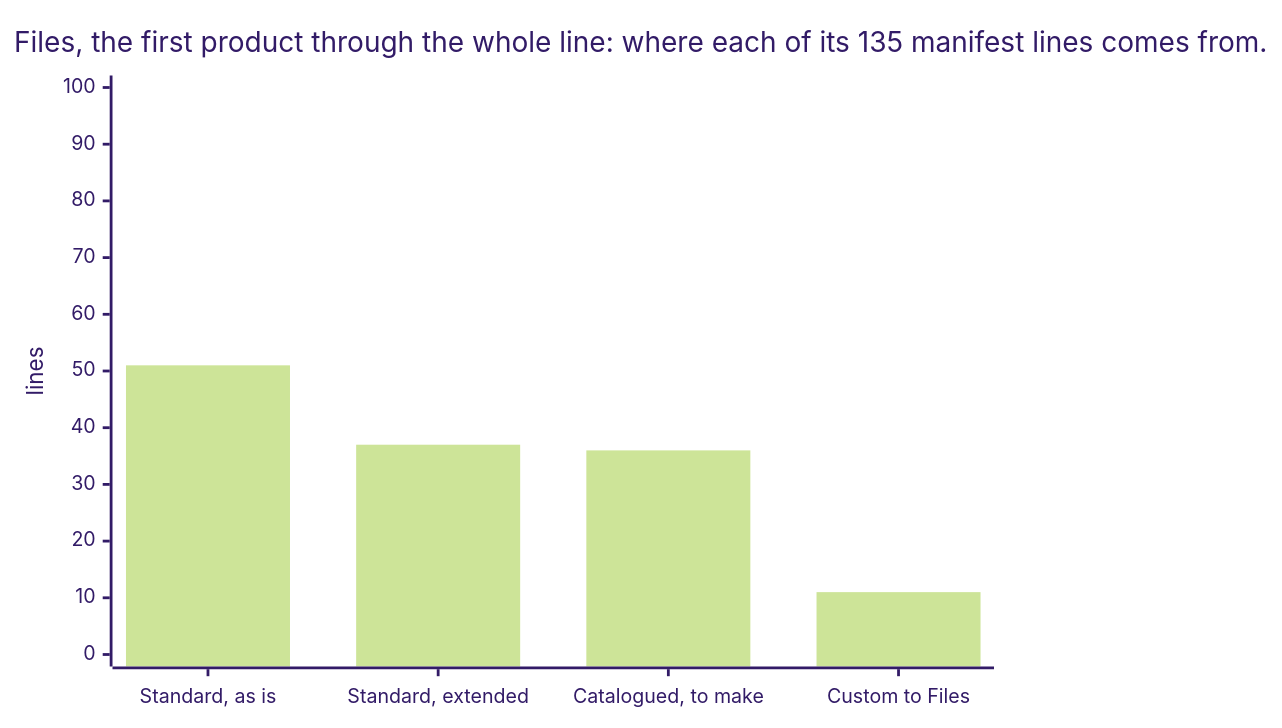
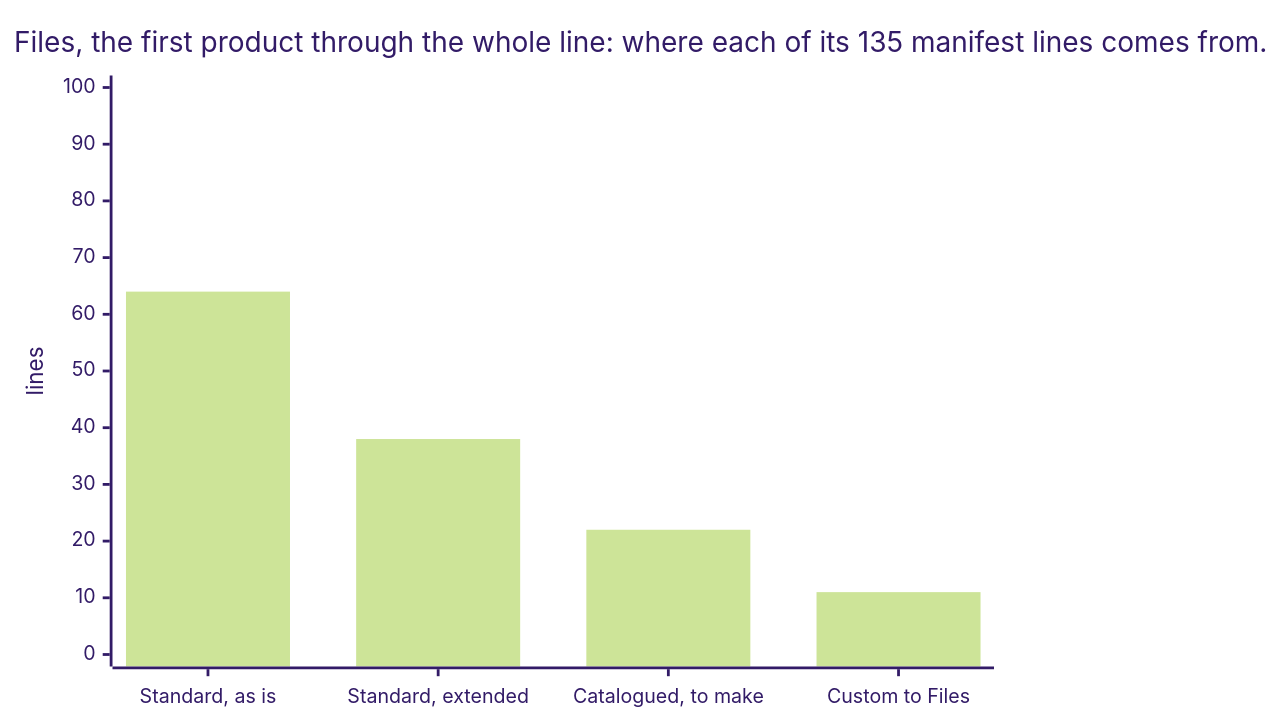
The second of 3 diagrams in intent/docs/line/engineering.md (russlittle/ZTHR), drawn with Mermaid (forest theme) before and after one commit. The commit also changed other lines of this file and 21 other files, not shown here.

````diff
--- a/intent/docs/line/engineering.md
+++ b/intent/docs/line/engineering.md
@@ -65,7 +65,7 @@
 ```mermaid
 xychart-beta
   title "Files, the first product through the whole line: where each of its 135 manifest lines comes from."
   x-axis ["Standard, as is", "Standard, extended", "Catalogued, to make", "Custom to Files"]
   y-axis "lines" 0 --> 100
-  bar [51, 37, 36, 11]
+  bar [64, 38, 22, 11]
 ```
````
